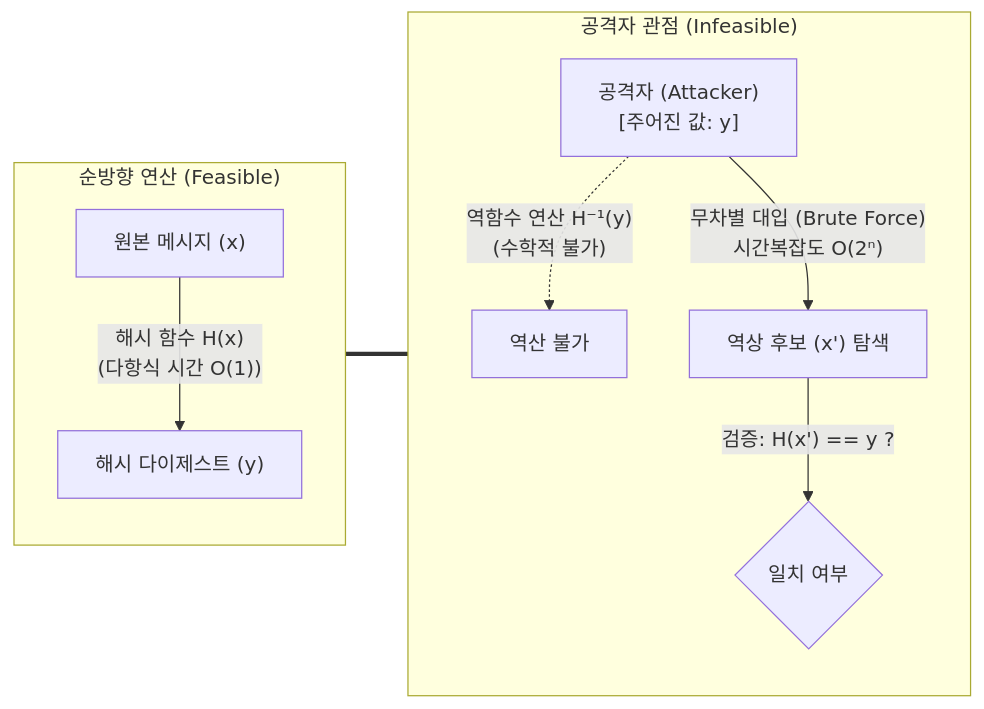
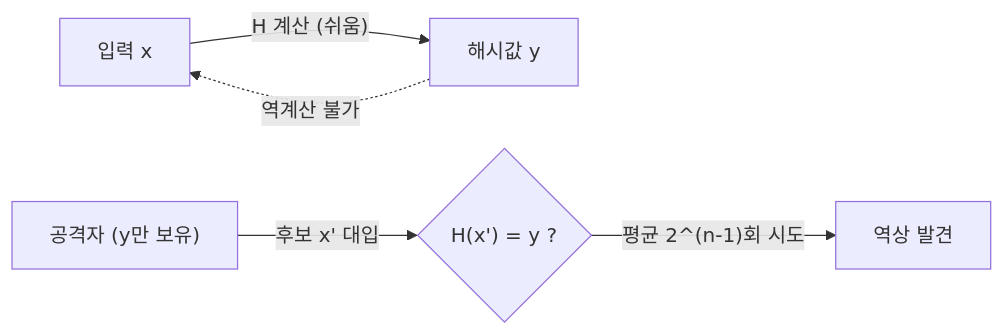
The diagram in content/01_IT Tech/제1 역상 저항성.md (supremethumb/supremethumb.github.io), drawn with Mermaid before and after one commit. The commit also changed other lines of this file and 1087 other files, not shown here.

````diff
--- a/content/01_IT Tech/제1 역상 저항성.md
+++ b/content/01_IT Tech/제1 역상 저항성.md
@@ -27,20 +35,7 @@
 ```mermaid
 flowchart LR
-    subgraph Forward ["순방향 연산 (Feasible)"]
-        direction TB
-        X["원본 메시지 (x)"] -->|"해시 함수 H(x)<br/>(다항식 시간 O(1))"| Y["해시 다이제스트 (y)"]
-    end
-
-    subgraph Adversary ["공격자 관점 (Infeasible)"]
-        direction TB
-        ADV["공격자 (Attacker)<br/>[주어진 값: y]"]
-        T_X["역상 후보 (x') 탐색"]
-        
-        ADV -.->|"역함수 연산 H⁻¹(y)<br/>(수학적 불가)"| FAIL["역산 불가"]
-        ADV -->|"무차별 대입 (Brute Force)<br/>시간복잡도 O(2ⁿ)"| T_X
-        T_X -->|"검증: H(x') == y ?"| CMP{"일치 여부"}
-    end
-
-    Y === ADV
-
+    X["입력 x"] -->|"H 계산 (쉬움)"| Y["해시값 y"]
+    Y -.->|"역계산 불가"| X
+    A["공격자 (y만 보유)"] -->|"후보 x' 대입"| C{"H(x') = y ?"}
+    C -->|"평균 2^(n-1)회 시도"| R["역상 발견"]
 ```
````
